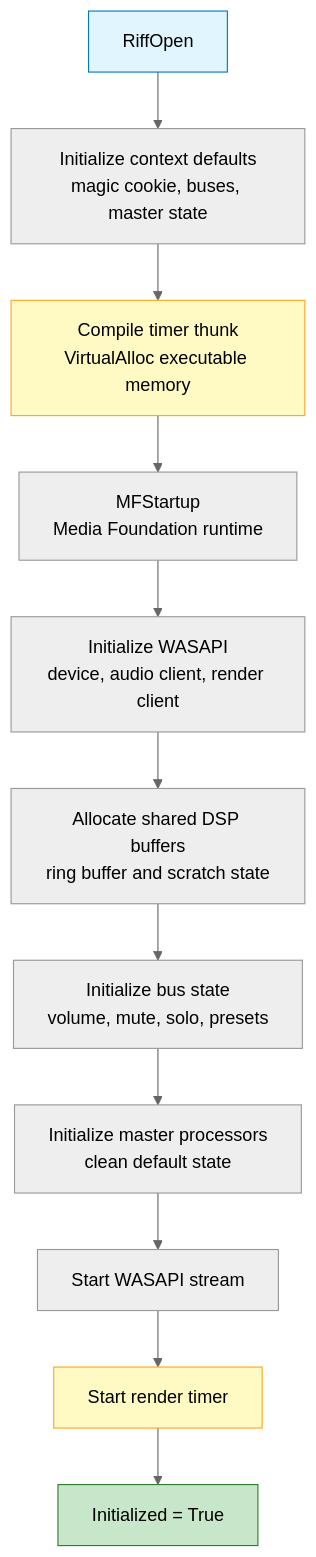
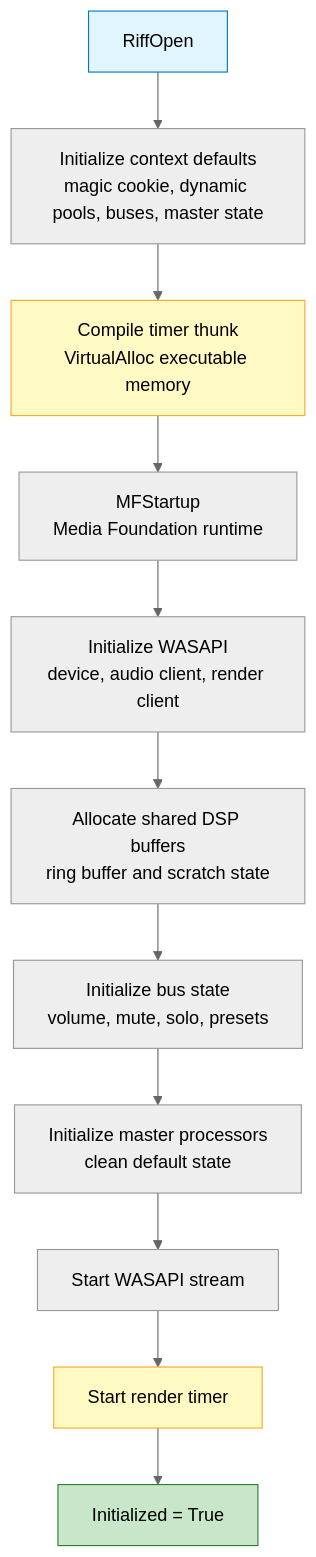
Before and after one commit to vbacollective/riff: the second of 8 diagrams in docs/ARCHITECTURE.md, drawn with Mermaid (neutral theme). The commit also changed other lines of this file, not shown here.

````diff
--- a/docs/ARCHITECTURE.md
+++ b/docs/ARCHITECTURE.md
@@ -273,21 +348,21 @@
 ```mermaid
 graph TD
     A["RiffOpen"]
-    B["Initialize context defaults<br/>magic cookie, buses, master state"]
+    B["Initialize context defaults<br/>magic cookie, dynamic pools, buses, master state"]
     C["Compile timer thunk<br/>VirtualAlloc executable memory"]
     D["MFStartup<br/>Media Foundation runtime"]
     E["Initialize WASAPI<br/>device, audio client, render client"]
     F["Allocate shared DSP buffers<br/>ring buffer and scratch state"]
     G["Initialize bus state<br/>volume, mute, solo, presets"]
     H["Initialize master processors<br/>clean default state"]
     I["Start WASAPI stream"]
     J["Start render timer"]
     K["Initialized = True"]
 
     A --> B --> C --> D --> E --> F --> G --> H --> I --> J --> K
 
     style A fill:#e1f5fe,stroke:#0277bd
     style K fill:#c8e6c9,stroke:#2e7d32
     style C fill:#fff9c4,stroke:#f9a825
     style J fill:#fff9c4,stroke:#f9a825
 ```
````
